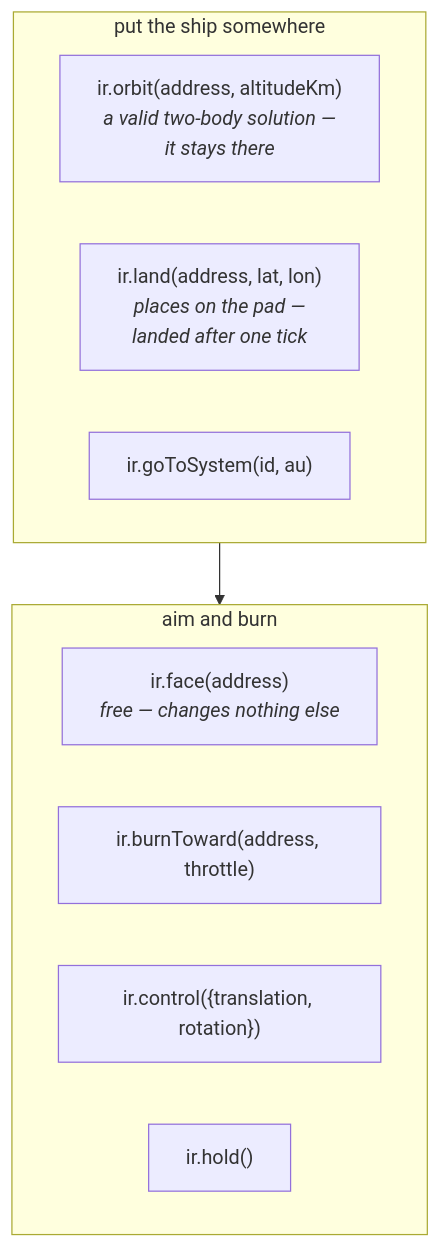
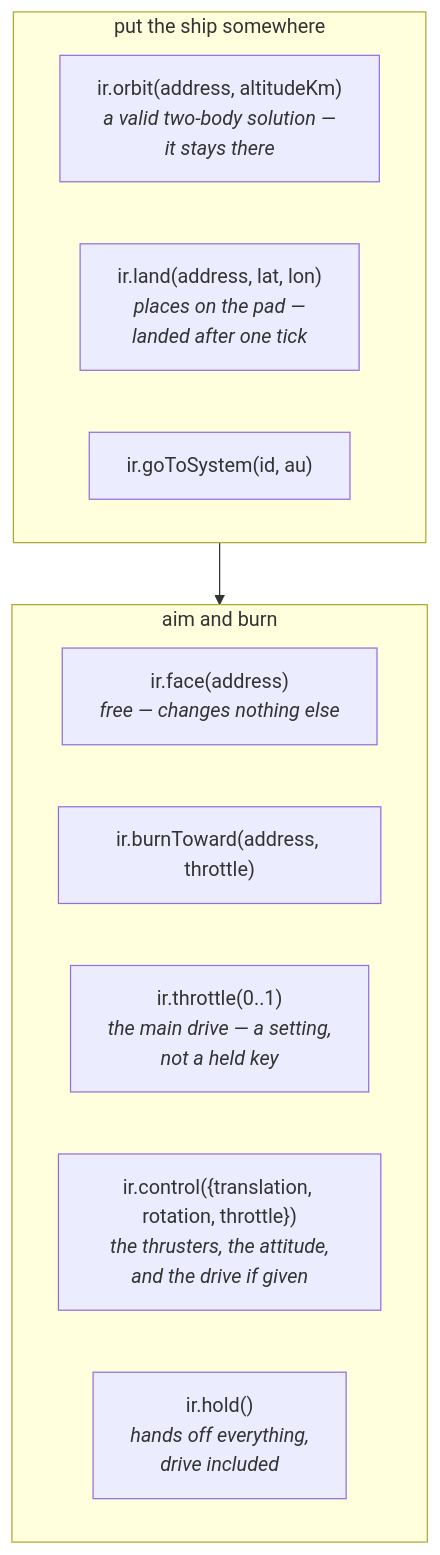
One commit to jonjaques/inertialref changed the second of 3 diagrams in docs/guides/harness.md. Above: the diagram before and after it, drawn with Mermaid. The commit also changed other lines of this file and 69 other files, not shown here.

````diff
--- a/docs/guides/harness.md
+++ b/docs/guides/harness.md
@@ -276,15 +276,16 @@
 ```mermaid
 flowchart TB
     subgraph POS["put the ship somewhere"]
         O["ir.orbit(address, altitudeKm)<br/><i>a valid two-body solution —<br/>it stays there</i>"]
         L["ir.land(address, lat, lon)<br/><i>places on the pad —<br/>landed after one tick</i>"]
         G["ir.goToSystem(id, au)"]
     end
     subgraph AIM["aim and burn"]
         F["ir.face(address)<br/><i>free — changes nothing else</i>"]
         BT["ir.burnToward(address, throttle)"]
-        C["ir.control({translation, rotation})"]
-        HOLD["ir.hold()"]
+        T["ir.throttle(0..1)<br/><i>the main drive — a setting,<br/>not a held key</i>"]
+        C["ir.control({translation, rotation, throttle})<br/><i>the thrusters, the attitude,<br/>and the drive if given</i>"]
+        HOLD["ir.hold()<br/><i>hands off everything,<br/>drive included</i>"]
     end
     POS --> AIM
 ```
````
